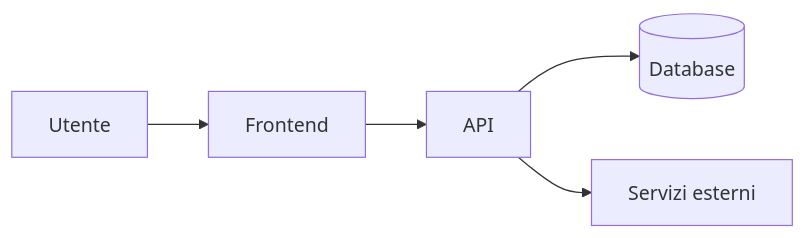
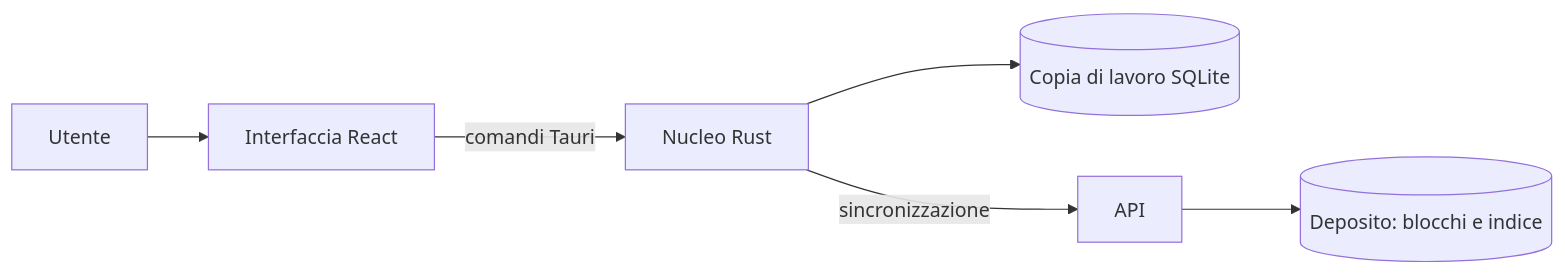
One commit to Helmutsti/MemoDu changed the diagram in docs/architettura/architettura.md. Above: the diagram before and after it, drawn with Mermaid. The commit also changed other lines of this file and 40 other files, not shown here.

````diff
--- a/docs/architettura/architettura.md
+++ b/docs/architettura/architettura.md
@@ -72,7 +72,8 @@
 ```mermaid
 flowchart LR
-    U[Utente] --> F[Frontend]
-    F --> A[API]
-    A --> D[(Database)]
-    A --> E[Servizi esterni]
+    U[Utente] --> F[Interfaccia React]
+    F -- comandi Tauri --> N[Nucleo Rust]
+    N --> C[(Copia di lavoro SQLite)]
+    N -- sincronizzazione --> A[API]
+    A --> D[(Deposito: blocchi e indice)]
 ```
````
